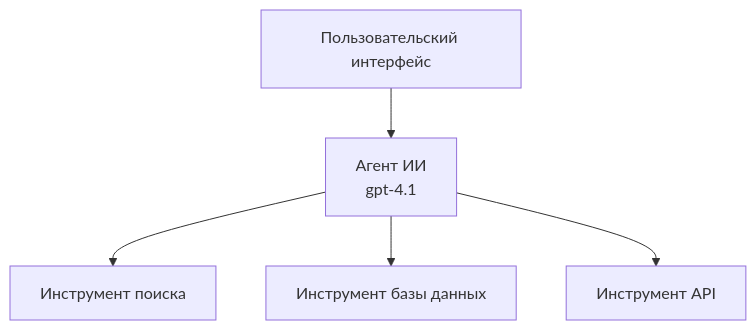
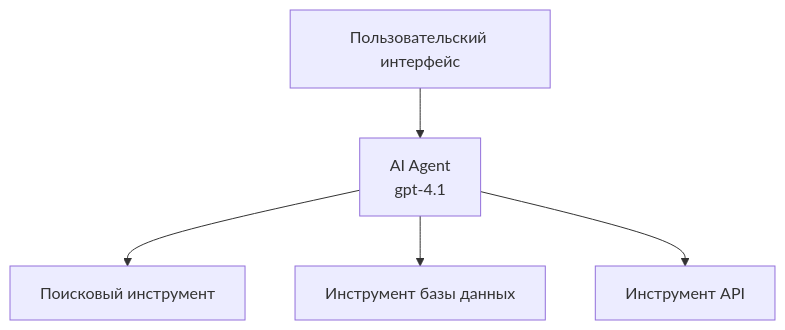
The first of 3 diagrams in translations/ru/docs/chapter-02-ai-development/agents.md (microsoft/AZD-for-beginners), drawn with Mermaid before and after one commit. The commit also changed other lines of this file and 101 other files, not shown here.

````diff
--- a/translations/ru/docs/chapter-02-ai-development/agents.md
+++ b/translations/ru/docs/chapter-02-ai-development/agents.md
@@ -152,7 +157,7 @@
 ```mermaid
 graph TD
-    UI[Пользовательский интерфейс] --> Agent[Агент ИИ<br/>gpt-4.1]
-    Agent --> Search[Инструмент поиска]
+    UI[Пользовательский интерфейс] --> Agent[AI Agent<br/>gpt-4.1]
+    Agent --> Search[Поисковый инструмент]
     Agent --> Database[Инструмент базы данных]
     Agent --> API[Инструмент API]
 ```
````
